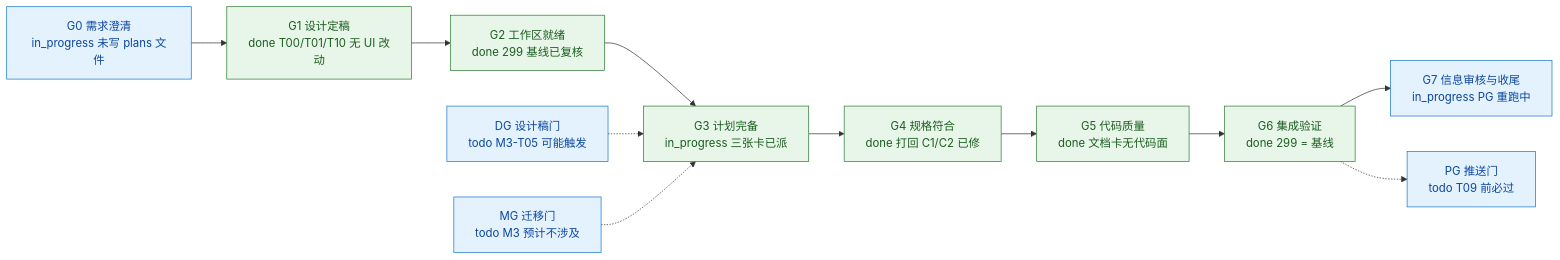
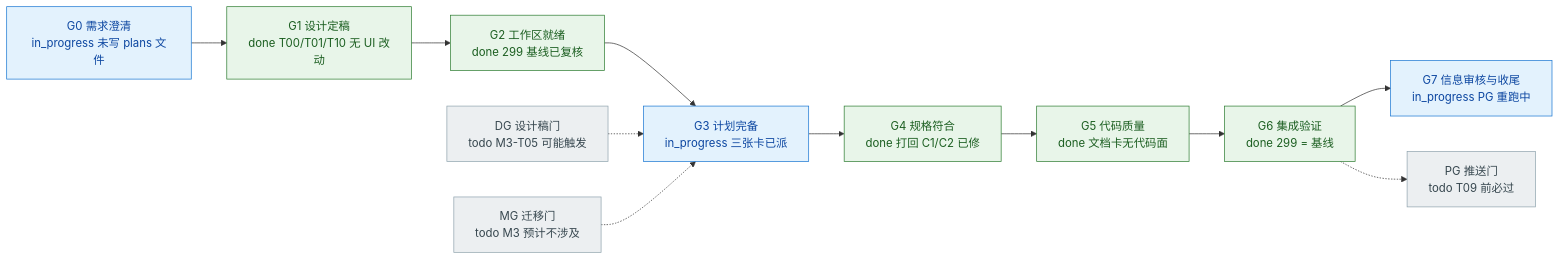
One commit to Shadoso-w/BeanClick changed the fourth of 5 diagrams in docs/agent-teams/PROGRESS.md. Above: the diagram before and after it, drawn with Mermaid. The commit also changed other lines of this file and 3 other files, not shown here.

````diff
--- a/docs/agent-teams/PROGRESS.md
+++ b/docs/agent-teams/PROGRESS.md
@@ -197,24 +202,24 @@
 ```mermaid
 flowchart LR
     G0["G0 需求澄清<br/>in_progress 未写 plans 文件"] --> G1["G1 设计定稿<br/>done T00/T01/T10 无 UI 改动"]
     G1 --> G2["G2 工作区就绪<br/>done 299 基线已复核"]
     G2 --> G3["G3 计划完备<br/>in_progress 三张卡已派"]
     G3 --> G4["G4 规格符合<br/>done 打回 C1/C2 已修"]
     G4 --> G5["G5 代码质量<br/>done 文档卡无代码面"]
     G5 --> G6["G6 集成验证<br/>done 299 = 基线"]
     G6 --> G7["G7 信息审核与收尾<br/>in_progress PG 重跑中"]
     DG["DG 设计稿门<br/>todo M3-T05 可能触发"]
     MG["MG 迁移门<br/>todo M3 预计不涉及"]
     PG["PG 推送门<br/>todo T09 前必过"]
 
     DG -.-> G3
     MG -.-> G3
     G6 -.-> PG
 
     classDef todo fill:#eceff1,stroke:#90a4ae,color:#37474f
     classDef doing fill:#e3f2fd,stroke:#1976d2,color:#0d47a1
     classDef done fill:#e8f5e9,stroke:#2e7d32,color:#1b5e20
-    class G0 doing
-    class G1,G2,G3,G4,G5,G6 done
-    class G7,DG,MG,PG doing
+    class G0,G3,G7 doing
+    class G1,G2,G4,G5,G6 done
+    class DG,MG,PG todo
 ```
````
